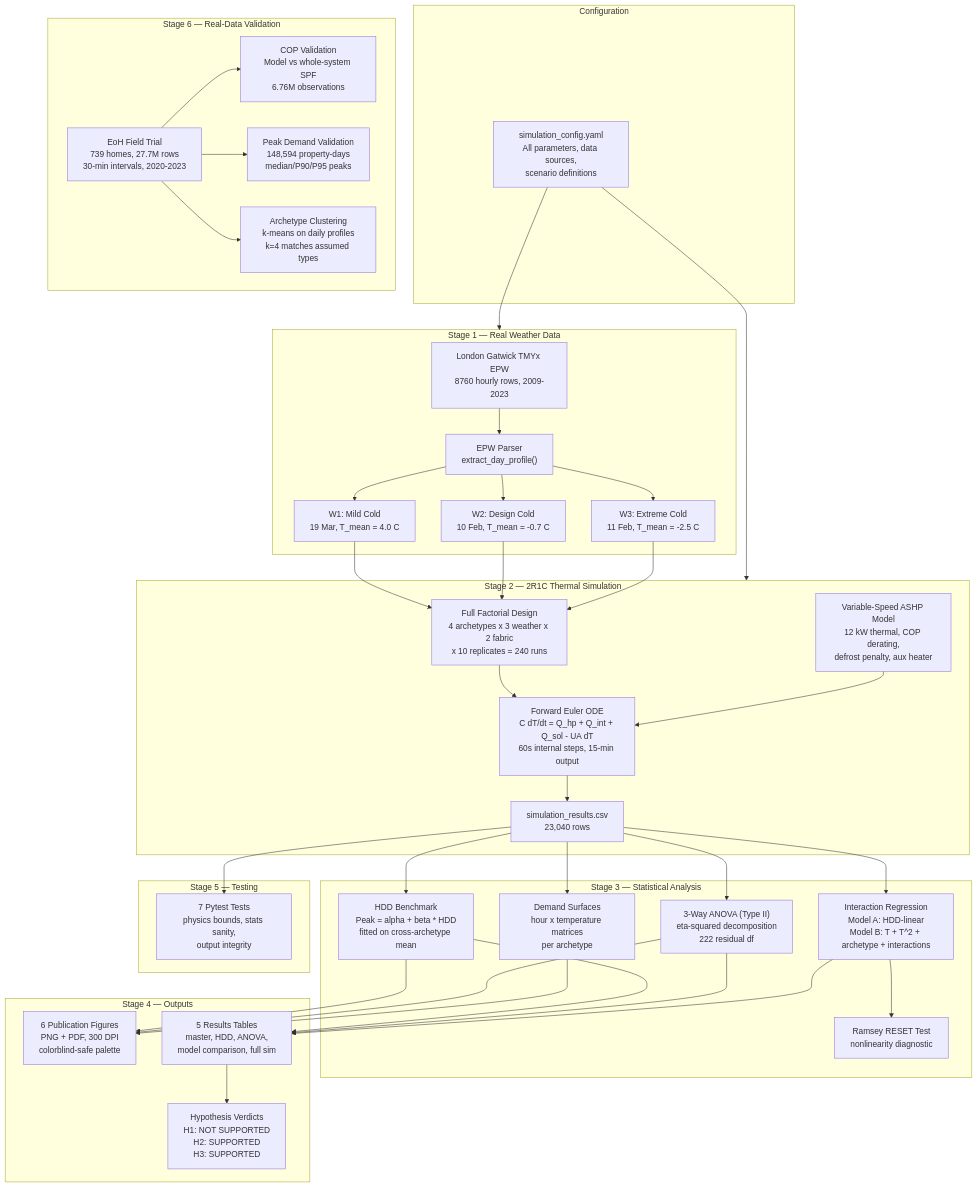
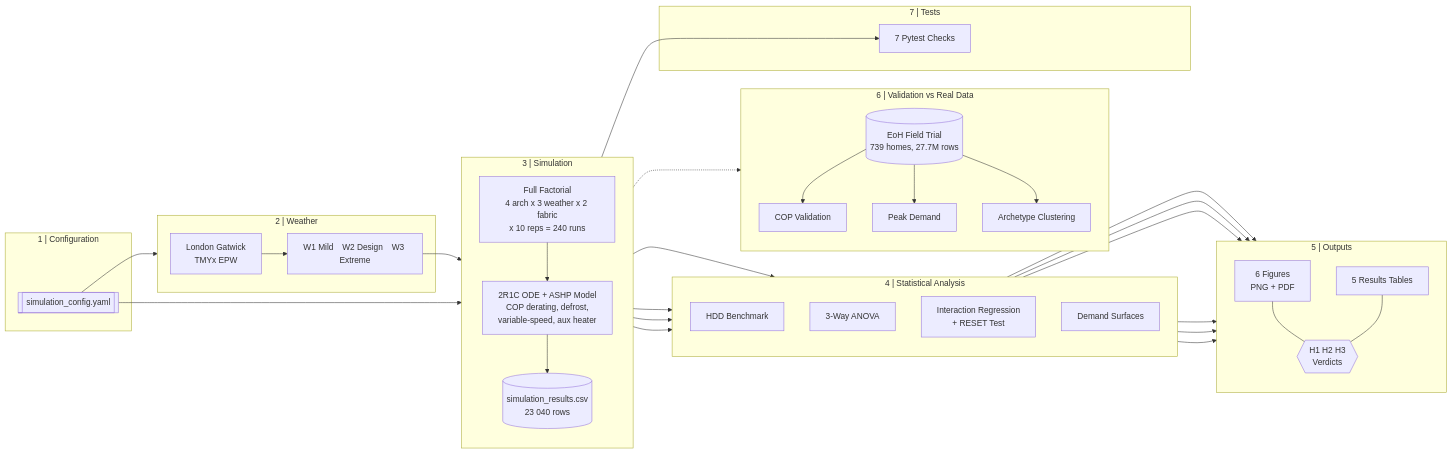
The diagram in README.md (younis-y/Heat-Pump-Peak-Demand-Modelling), drawn with Mermaid before and after one commit.

Commit message:
Clean up Mermaid pipeline diagram — horizontal layout with clear stage numbering

````diff
--- a/README.md
+++ b/README.md
@@ -44,75 +44,66 @@
 ```mermaid
-flowchart TD
-    subgraph S0["Configuration"]
-        CFG["simulation_config.yaml<br/>All parameters, data sources,<br/>scenario definitions"]
+flowchart LR
+    subgraph CONFIG["1 | Configuration"]
+        CFG[["simulation_config.yaml"]]
     end
 
-    subgraph S1["Stage 1 — Real Weather Data"]
-        EPW["London Gatwick TMYx EPW<br/>8760 hourly rows, 2009-2023"]
-        PARSE["EPW Parser<br/>extract_day_profile()"]
-        W1["W1: Mild Cold<br/>19 Mar, T_mean = 4.0 C"]
-        W2["W2: Design Cold<br/>10 Feb, T_mean = -0.7 C"]
-        W3["W3: Extreme Cold<br/>11 Feb, T_mean = -2.5 C"]
-        EPW --> PARSE
-        PARSE --> W1
-        PARSE --> W2
-        PARSE --> W3
+    subgraph WEATHER["2 | Weather"]
+        EPW["London Gatwick<br/>TMYx EPW"] --> W["W1 Mild &ensp; W2 Design &ensp; W3 Extreme"]
     end
 
-    subgraph S2["Stage 2 — 2R1C Thermal Simulation"]
-        FACTORIAL["Full Factorial Design<br/>4 archetypes x 3 weather x 2 fabric<br/>x 10 replicates = 240 runs"]
-        ODE["Forward Euler ODE<br/>C dT/dt = Q_hp + Q_int + Q_sol - UA dT<br/>60s internal steps, 15-min output"]
-        HP["Variable-Speed ASHP Model<br/>12 kW thermal, COP derating,<br/>defrost penalty, aux heater"]
-        SIM["simulation_results.csv<br/>23,040 rows"]
-        FACTORIAL --> ODE
-        HP --> ODE
-        ODE --> SIM
+    subgraph SIM["3 | Simulation"]
+        direction TB
+        FAC["Full Factorial<br/>4 arch x 3 weather x 2 fabric<br/>x 10 reps = 240 runs"]
+        ODE["2R1C ODE + ASHP Model<br/>COP derating, defrost,<br/>variable-speed, aux heater"]
+        OUT[("simulation_results.csv<br/>23 040 rows")]
+        FAC --> ODE --> OUT
     end
 
-    subgraph S3["Stage 3 — Statistical Analysis"]
-        HDD["HDD Benchmark<br/>Peak = alpha + beta * HDD<br/>fitted on cross-archetype mean"]
-        ANOVA["3-Way ANOVA (Type II)<br/>eta-squared decomposition<br/>222 residual df"]
-        REG["Interaction Regression<br/>Model A: HDD-linear<br/>Model B: T + T^2 + archetype + interactions"]
-        RESET["Ramsey RESET Test<br/>nonlinearity diagnostic"]
-        SURF["Demand Surfaces<br/>hour x temperature matrices<br/>per archetype"]
+    subgraph ANALYSIS["4 | Statistical Analysis"]
+        direction TB
+        HDD["HDD Benchmark"]
+        ANV["3-Way ANOVA"]
+        REG["Interaction Regression<br/>+ RESET Test"]
+        SURF["Demand Surfaces"]
     end
 
-    subgraph S4["Stage 4 — Outputs"]
-        FIG["6 Publication Figures<br/>PNG + PDF, 300 DPI<br/>colorblind-safe palette"]
-        TAB["5 Results Tables<br/>master, HDD, ANOVA,<br/>model comparison, full sim"]
-        VERDICT["Hypothesis Verdicts<br/>H1: NOT SUPPORTED<br/>H2: SUPPORTED<br/>H3: SUPPORTED"]
+    subgraph OUTPUTS["5 | Outputs"]
+        direction TB
+        FIG["6 Figures<br/>PNG + PDF"]
+        TAB["5 Results Tables"]
+        VER{{"H1 H2 H3<br/>Verdicts"}}
+        FIG --- VER
+        TAB --- VER
     end
 
-    subgraph S5["Stage 5 — Testing"]
-        TEST["7 Pytest Tests<br/>physics bounds, stats sanity,<br/>output integrity"]
+    subgraph VALID["6 | Validation vs Real Data"]
+        direction TB
+        EOH[("EoH Field Trial<br/>739 homes, 27.7M rows")]
+        COP["COP Validation"]
+        PK["Peak Demand"]
+        ARC["Archetype Clustering"]
+        EOH --> COP
+        EOH --> PK
+        EOH --> ARC
     end
 
-    subgraph S6["Stage 6 — Real-Data Validation"]
-        EOH["EoH Field Trial<br/>739 homes, 27.7M rows<br/>30-min intervals, 2020-2023"]
-        COPV["COP Validation<br/>Model vs whole-system SPF<br/>6.76M observations"]
-        PEAKV["Peak Demand Validation<br/>148,594 property-days<br/>median/P90/P95 peaks"]
-        ARCHV["Archetype Clustering<br/>k-means on daily profiles<br/>k=4 matches assumed types"]
-        EOH --> COPV
-        EOH --> PEAKV
-        EOH --> ARCHV
+    subgraph TEST["7 | Tests"]
+        PYT["7 Pytest Checks"]
     end
 
-    CFG --> S1
-    CFG --> S2
-    W1 --> FACTORIAL
-    W2 --> FACTORIAL
-    W3 --> FACTORIAL
-    SIM --> HDD
-    SIM --> ANOVA
-    SIM --> REG
-    REG --> RESET
-    SIM --> SURF
+    CFG --> WEATHER
+    CFG --> SIM
+    W --> FAC
+    OUT --> HDD
+    OUT --> ANV
+    OUT --> REG
+    OUT --> SURF
     HDD --> TAB
-    ANOVA --> TAB
+    ANV --> TAB
     REG --> TAB
     HDD --> FIG
-    ANOVA --> FIG
+    ANV --> FIG
     SURF --> FIG
-    TAB --> VERDICT
-    SIM --> TEST
+    OUT --> PYT
+    OUT -.-> VALID
 ```
````
